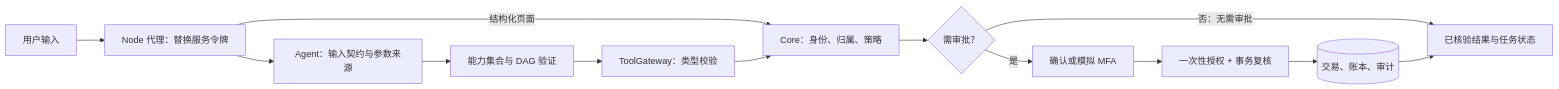
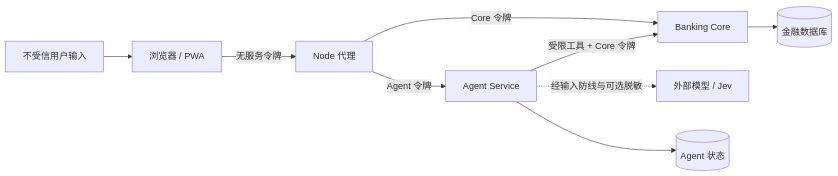
The first of 2 diagrams in documents/Security.md (ZOOMING-XENON/FinSAO-Financial_Secure_Agent_Operation_System), drawn with Mermaid before and after one commit. The commit also changed other lines of this file and 17 other files, not shown here.

````diff
--- a/documents/Security.md
+++ b/documents/Security.md
@@ -7,15 +9,11 @@
 ```mermaid
 flowchart LR
-    U[用户输入] --> P[Node 代理：替换服务令牌]
-    P -->|结构化页面| C
-    P --> A[Agent：输入契约与参数来源]
-    A --> V[能力集合与 DAG 验证]
-    V --> G[ToolGateway：类型校验]
-    G --> C[Core：身份、归属、策略]
-    C --> Q{需审批？}
-    Q -->|是| M[确认或模拟 MFA]
-    M --> T[一次性授权 + 事务复核]
-    Q -->|否：无需审批| R
-    T --> D[(交易、账本、审计)]
-    D --> R[已核验结果与任务状态]
+    U[不受信用户输入] --> B[浏览器 / PWA]
+    B -->|无服务令牌| P[Node 代理]
+    P -->|Agent 令牌| A[Agent Service]
+    P -->|Core 令牌| C[Banking Core]
+    A -->|受限工具 + Core 令牌| C
+    A -.经输入防线与可选脱敏.-> M[外部模型 / Jev]
+    C --> DB[(金融数据库)]
+    A --> AD[(Agent 状态)]
 ```
````
